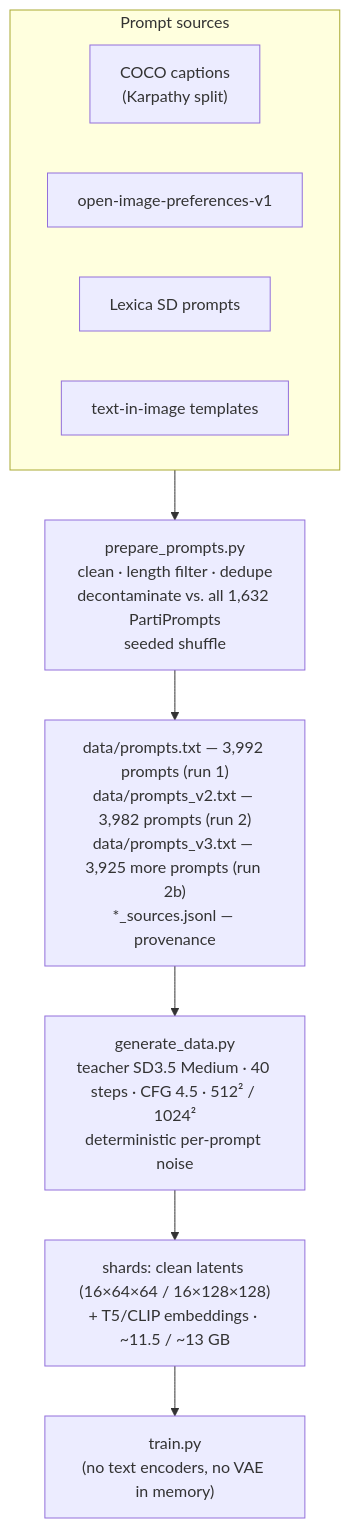
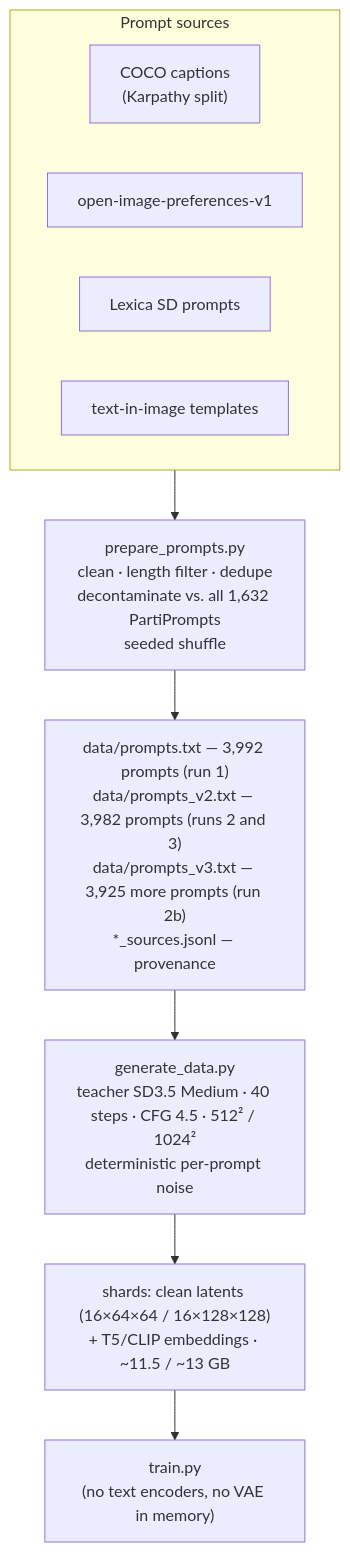
One commit to Suchotin/shortcut_distillation_sd3.5 changed the second of 2 diagrams in README.md. Above: the diagram before and after it, drawn with Mermaid. The commit also changed other lines of this file and 16 other files, not shown here.

````diff
--- a/README.md
+++ b/README.md
@@ -155,14 +158,14 @@
 ```mermaid
 flowchart TB
     subgraph S["Prompt sources"]
         A["COCO captions<br/>(Karpathy split)"]
         B["open-image-preferences-v1"]
         C["Lexica SD prompts"]
         D["text-in-image templates"]
     end
     S --> F["prepare_prompts.py<br/>clean · length filter · dedupe<br/>decontaminate vs. all 1,632 PartiPrompts<br/>seeded shuffle"]
-    F --> P["data/prompts.txt — 3,992 prompts (run 1)<br/>data/prompts_v2.txt — 3,982 prompts (run 2)<br/>data/prompts_v3.txt — 3,925 more prompts (run 2b)<br/>*_sources.jsonl — provenance"]
+    F --> P["data/prompts.txt — 3,992 prompts (run 1)<br/>data/prompts_v2.txt — 3,982 prompts (runs 2 and 3)<br/>data/prompts_v3.txt — 3,925 more prompts (run 2b)<br/>*_sources.jsonl — provenance"]
     P --> G["generate_data.py<br/>teacher SD3.5 Medium · 40 steps · CFG 4.5 · 512² / 1024²<br/>deterministic per-prompt noise"]
     G --> L["shards: clean latents (16×64×64 / 16×128×128)<br/>+ T5/CLIP embeddings · ~11.5 / ~13 GB"]
     L --> TR["train.py<br/>(no text encoders, no VAE in memory)"]
 ```
````
